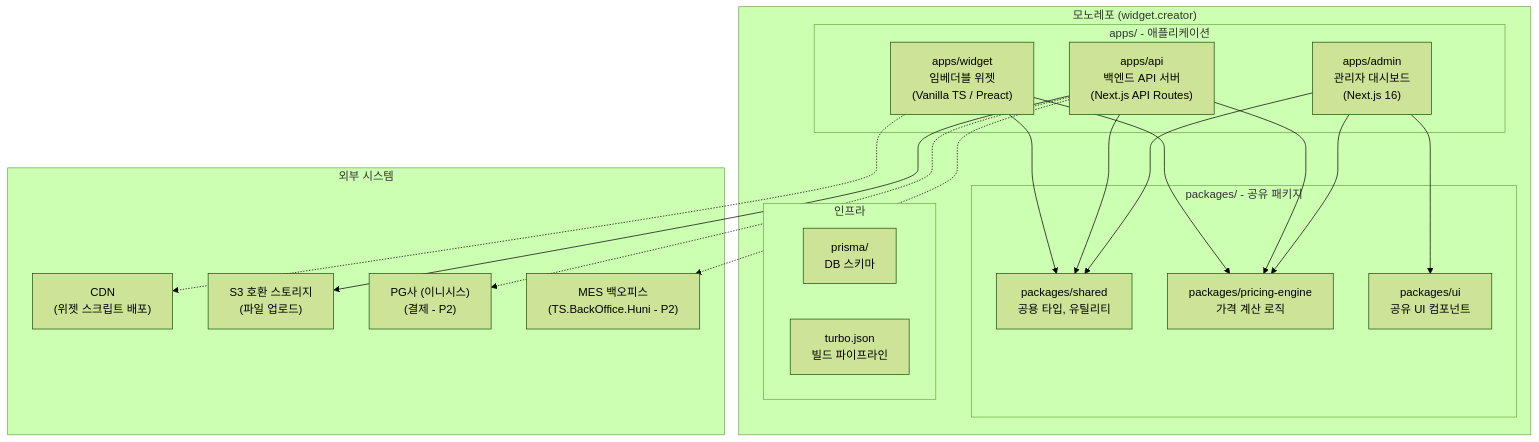
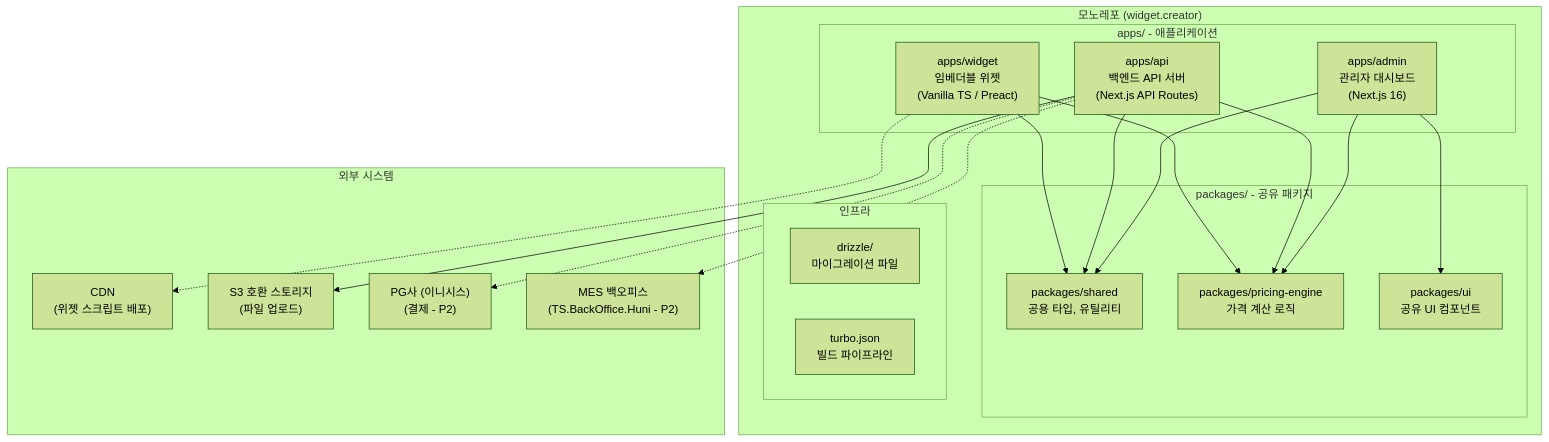
The first of 2 diagrams in .moai/project/structure.md (skeeper75/widget.creator), drawn with Mermaid (forest theme) before and after one commit. The commit also changed other lines of this file and 5 other files, not shown here.

````diff
--- a/.moai/project/structure.md
+++ b/.moai/project/structure.md
@@ -7,41 +7,41 @@
 ```mermaid
 graph TB
     subgraph "모노레포 (widget.creator)"
         subgraph "apps/ - 애플리케이션"
             ADMIN["apps/admin<br/>관리자 대시보드<br/>(Next.js 16)"]
             API["apps/api<br/>백엔드 API 서버<br/>(Next.js API Routes)"]
             WIDGET["apps/widget<br/>임베더블 위젯<br/>(Vanilla TS / Preact)"]
         end
 
         subgraph "packages/ - 공유 패키지"
             SHARED["packages/shared<br/>공용 타입, 유틸리티"]
             PRICING["packages/pricing-engine<br/>가격 계산 로직"]
             UI["packages/ui<br/>공유 UI 컴포넌트"]
         end
 
         subgraph "인프라"
-            PRISMA["prisma/<br/>DB 스키마"]
+            DRIZZLE_DIR["drizzle/<br/>마이그레이션 파일"]
             TURBO["turbo.json<br/>빌드 파이프라인"]
         end
 
         ADMIN --> SHARED
         ADMIN --> UI
         ADMIN --> PRICING
         API --> SHARED
         API --> PRICING
         WIDGET --> SHARED
         WIDGET --> PRICING
     end
 
     subgraph "외부 시스템"
         CDN["CDN<br/>(위젯 스크립트 배포)"]
         S3["S3 호환 스토리지<br/>(파일 업로드)"]
         PG["PG사 (이니시스)<br/>(결제 - P2)"]
         MES["MES 백오피스<br/>(TS.BackOffice.Huni - P2)"]
     end
 
     WIDGET -.-> CDN
     API --> S3
     API -.-> PG
     API -.-> MES
 ```
````
